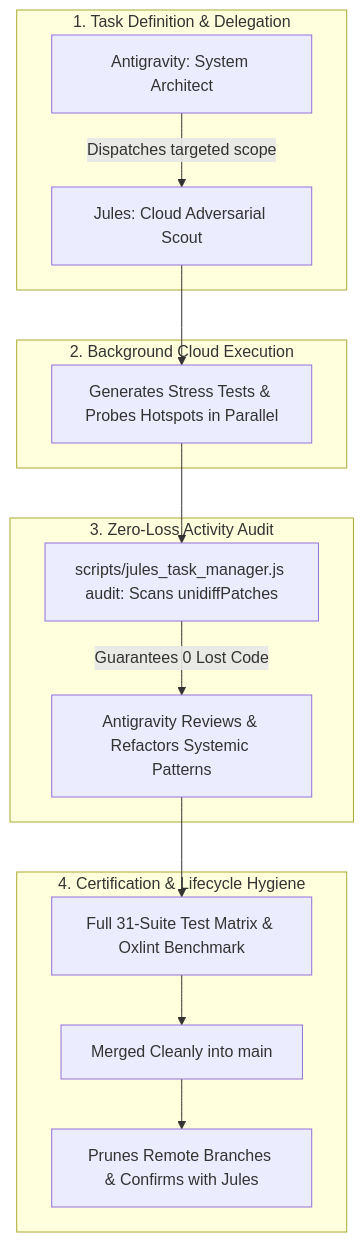
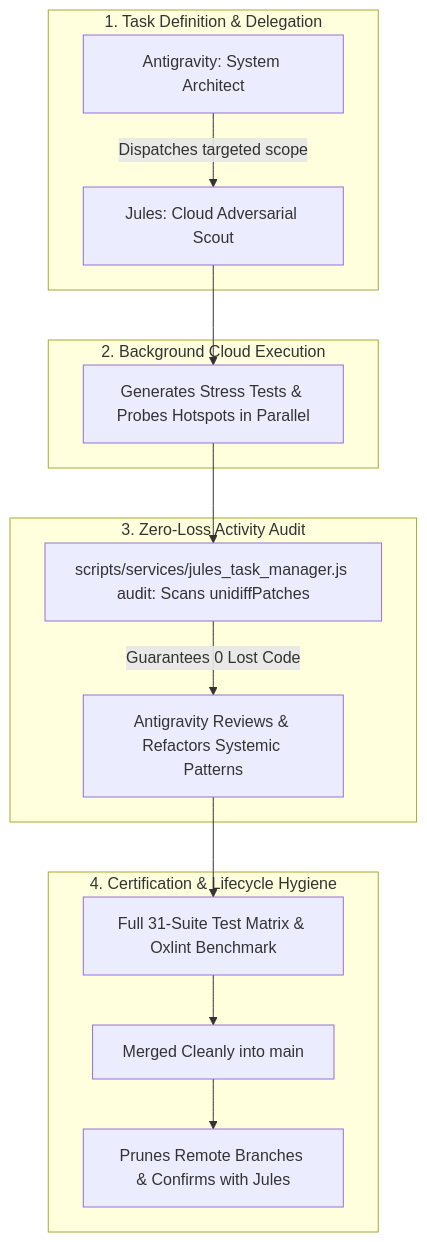
One commit to vinodhsubramanian123/updatedVendorScrapingNotebook-v2 changed the diagram in docs/WORKFLOWS_AND_LEARNINGS.md. Above: the diagram before and after it, drawn with Mermaid. The commit also changed other lines of this file and 36 other files, not shown here.

Commit message:
docs: sync all agent guides and documentation with modular hierarchy, remove legacy diagrams

````diff
--- a/docs/WORKFLOWS_AND_LEARNINGS.md
+++ b/docs/WORKFLOWS_AND_LEARNINGS.md
@@ -420,21 +420,21 @@
 ```mermaid
 flowchart TD
     subgraph 1. Task Definition & Delegation
         A[Antigravity: System Architect] -->|Dispatches targeted scope| B[Jules: Cloud Adversarial Scout]
     end
 
     subgraph 2. Background Cloud Execution
         B --> C[Generates Stress Tests & Probes Hotspots in Parallel]
     end
 
     subgraph 3. Zero-Loss Activity Audit
-        C --> D[scripts/jules_task_manager.js audit: Scans unidiffPatches]
+        C --> D[scripts/services/jules_task_manager.js audit: Scans unidiffPatches]
         D -->|Guarantees 0 Lost Code| E[Antigravity Reviews & Refactors Systemic Patterns]
     end
 
     subgraph 4. Certification & Lifecycle Hygiene
         E --> F[Full 31-Suite Test Matrix & Oxlint Benchmark]
         F --> G[Merged Cleanly into main]
         G --> H[Prunes Remote Branches & Confirms with Jules]
     end
 ```
````
